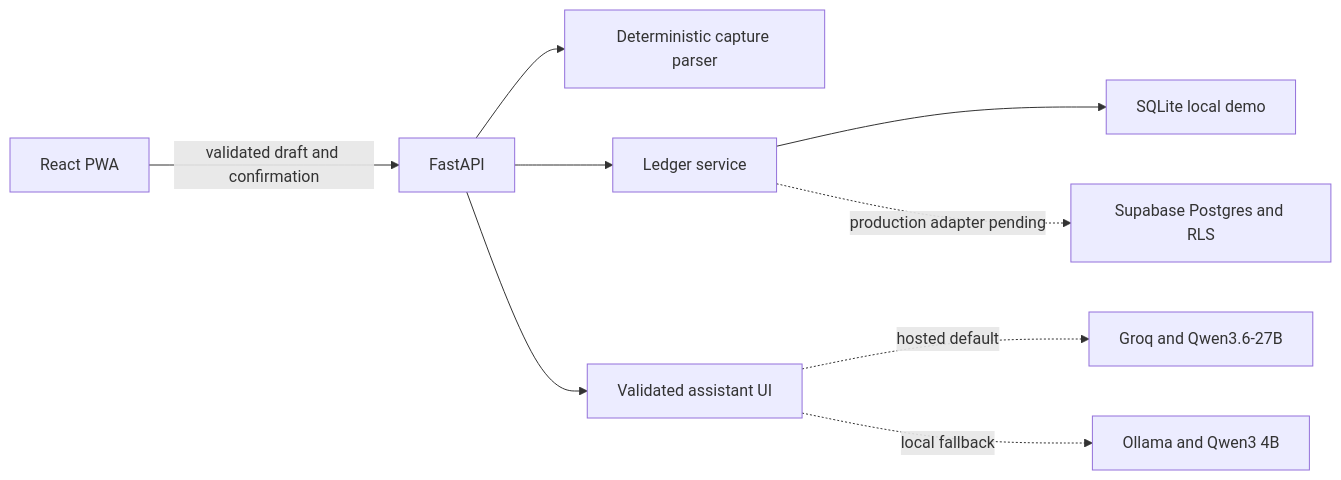
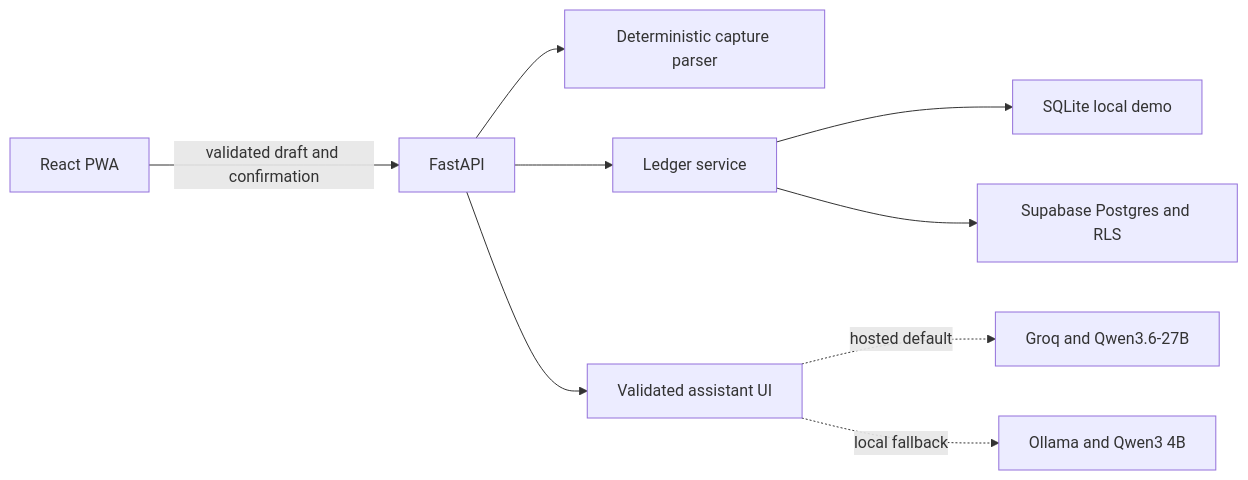
Before and after one commit to snayan06/artha: the diagram in README.md, drawn with Mermaid. The commit also changed other lines of this file and 32 other files, not shown here.

Commit message:
feat: add authenticated Supabase production path

````diff
--- a/README.md
+++ b/README.md
@@ -49,11 +49,11 @@
 ```mermaid
 flowchart LR
     PWA["React PWA"] -->|"validated draft and confirmation"| API["FastAPI"]
     API --> PARSER["Deterministic capture parser"]
     API --> LEDGER["Ledger service"]
     LEDGER --> LOCAL["SQLite local demo"]
-    LEDGER -. "production adapter pending" .-> DB["Supabase Postgres and RLS"]
+    LEDGER --> DB["Supabase Postgres and RLS"]
     API --> ASSISTANT["Validated assistant UI"]
     ASSISTANT -. "hosted default" .-> GROQ["Groq and Qwen3.6-27B"]
     ASSISTANT -. "local fallback" .-> OLLAMA["Ollama and Qwen3 4B"]
 ```
````
